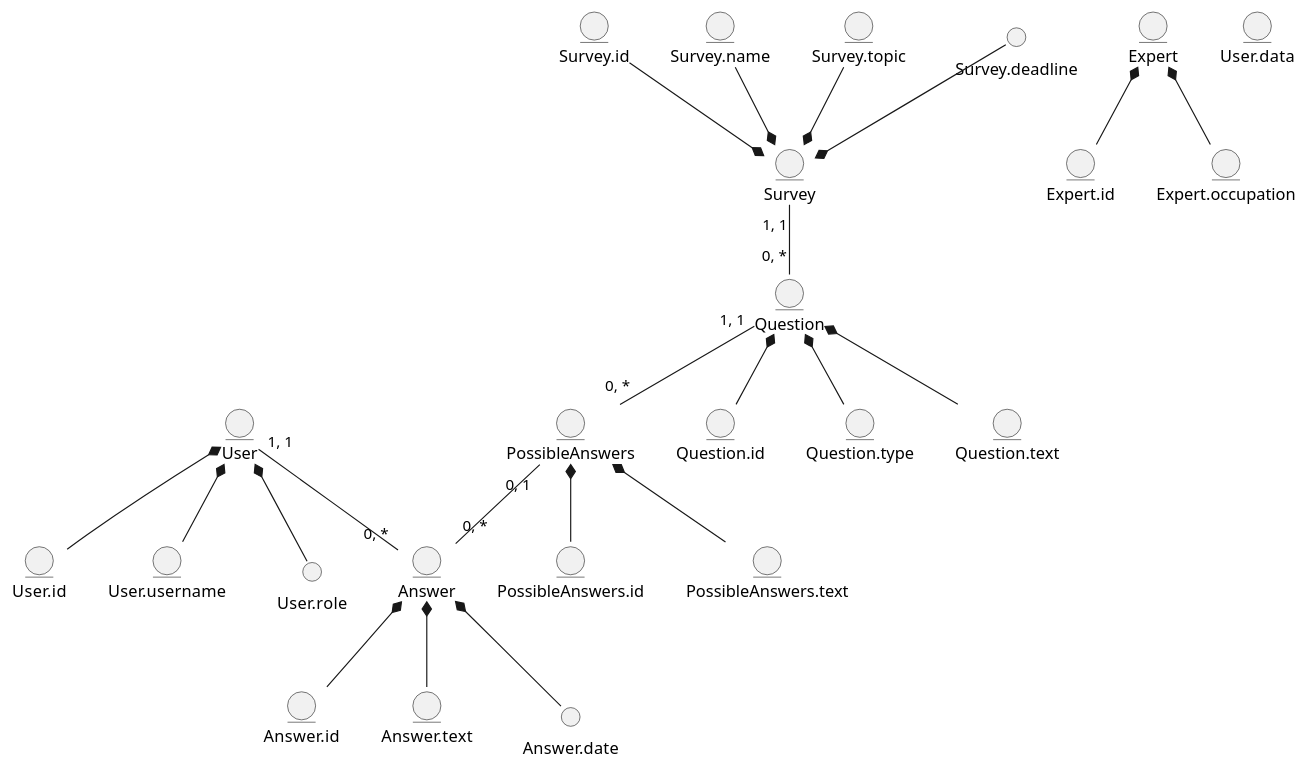
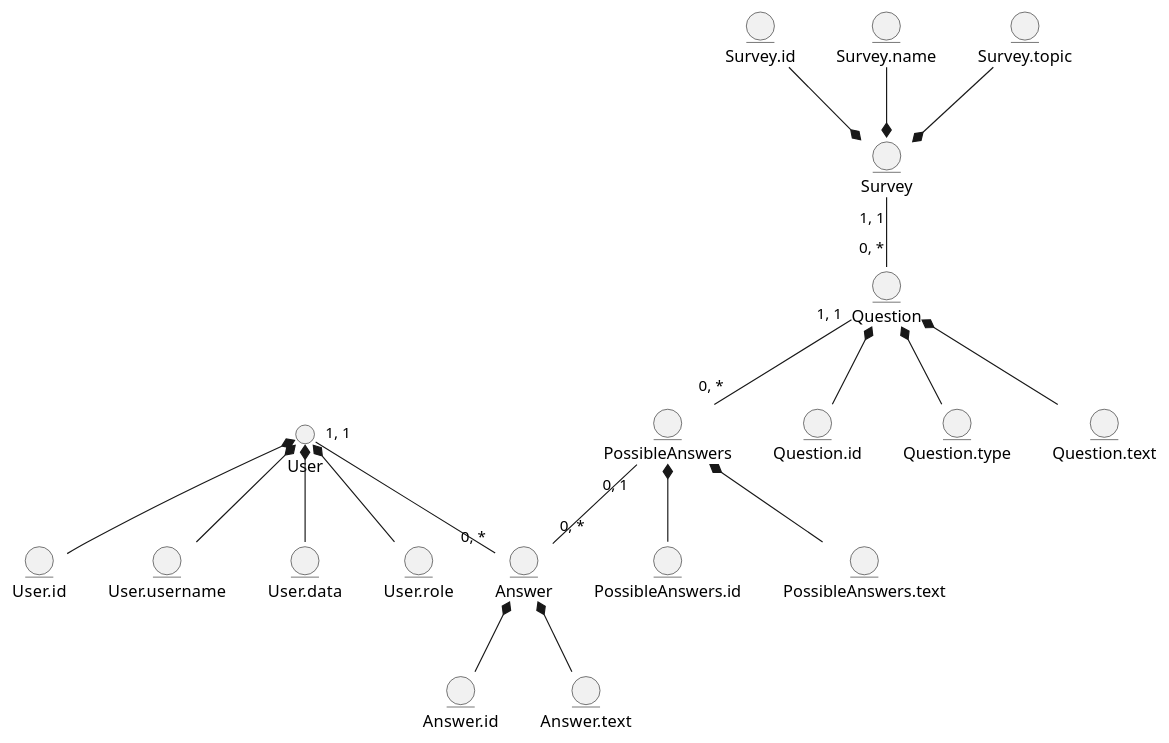
The diagram in src/uml/BE_model.puml (NothingIsMatter/database_basics_template), drawn with PlantUML before and after one commit. The commit also changed 1 other file, not shown here.

```diff
--- a/src/uml/BE_model.puml
+++ b/src/uml/BE_model.puml
@@ -1,61 +1,53 @@
 @startuml
-entity User
+'entity User
   entity User.id
   entity User.username
   entity User.data
-
-  entity Expert
-  entity Expert.id
-  entity Expert.occupation
-
+  entity User.role
 
   entity Survey
   entity Survey.id
   entity Survey.name
   entity Survey.topic
 
   entity Question
   entity Question.id
   entity Question.type
   entity Question.text
 
   entity Answer
   entity Answer.id
   entity Answer.text
 
   entity PossibleAnswers
   entity PossibleAnswers.id
   entity PossibleAnswers.text
 
 
-
-  User.id -u-* User
-  User.username -u-* User
-  User.role -u-* User
-
-  Expert.id -u-* Expert
-  Expert.occupation -u-* Expert
-
-
   Question "0, *" -u- "1, 1" Survey
   Answer "0, *" -u- "0, 1" PossibleAnswers
   Answer "0, *" -u- "1, 1" User
   PossibleAnswers "0, *" -u- "1, 1" Question
 
 
+  User.id -u-* User
+  User.username -u-* User
+  User.role -u-* User
+  User.data -u-* User
+
+
+
   Survey.id -d-* Survey
   Survey.name -d-* Survey
   Survey.topic -d-* Survey
-  Survey.deadline -d-* Survey
 
   Question.id -u-* Question
   Question.type -u-* Question
   Question.text -u-* Question
 
   Answer.id -u-* Answer
-  Answer.date -u-* Answer
   Answer.text -u-* Answer
 
   PossibleAnswers.id -u-* PossibleAnswers
   PossibleAnswers.text -u-* PossibleAnswers
 @enduml
```
